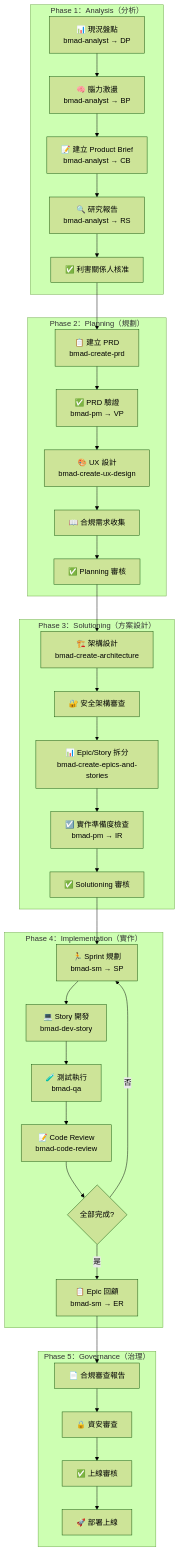
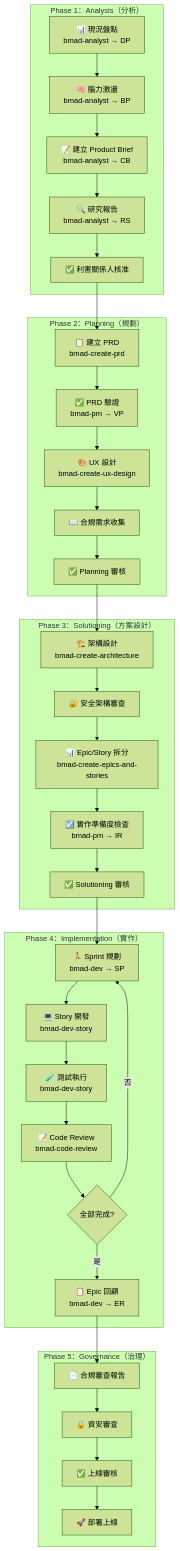
Before and after one commit to chihhung/Blog: the ninth of 20 diagrams in content/posts/教學/AI開發/BMAD-METHOD使用教學.md, drawn with Mermaid (forest theme). The commit also changed other lines of this file and 3 other files, not shown here.

````diff
--- a/content/posts/教學/AI開發/BMAD-METHOD使用教學.md
+++ b/content/posts/教學/AI開發/BMAD-METHOD使用教學.md
@@ -1434,42 +1452,42 @@
 ```mermaid
 flowchart TB
     subgraph "Phase 1：Analysis（分析）"
         A1[📊 現況盤點<br/>bmad-analyst → DP] --> A2[🧠 腦力激盪<br/>bmad-analyst → BP]
         A2 --> A3[📝 建立 Product Brief<br/>bmad-analyst → CB]
         A3 --> A4[🔍 研究報告<br/>bmad-analyst → RS]
         A4 --> A5[✅ 利害關係人核准]
     end
     
     subgraph "Phase 2：Planning（規劃）"
         A5 --> B1[📋 建立 PRD<br/>bmad-create-prd]
         B1 --> B2[✅ PRD 驗證<br/>bmad-pm → VP]
         B2 --> B3[🎨 UX 設計<br/>bmad-create-ux-design]
         B3 --> B4[📖 合規需求收集]
         B4 --> B5[✅ Planning 審核]
     end
     
     subgraph "Phase 3：Solutioning（方案設計）"
         B5 --> C1[🏗️ 架構設計<br/>bmad-create-architecture]
         C1 --> C2[🔐 安全架構審查]
         C2 --> C3[📊 Epic/Story 拆分<br/>bmad-create-epics-and-stories]
         C3 --> C4[☑️ 實作準備度檢查<br/>bmad-pm → IR]
         C4 --> C5[✅ Solutioning 審核]
     end
     
     subgraph "Phase 4：Implementation（實作）"
-        C5 --> D1[🏃 Sprint 規劃<br/>bmad-sm → SP]
+        C5 --> D1[🏃 Sprint 規劃<br/>bmad-dev → SP]
         D1 --> D2[💻 Story 開發<br/>bmad-dev-story]
-        D2 --> D3[🧪 測試執行<br/>bmad-qa]
+        D2 --> D3[🧪 測試執行<br/>bmad-dev-story]
         D3 --> D4[📝 Code Review<br/>bmad-code-review]
         D4 --> D5{全部完成?}
         D5 -->|否| D1
-        D5 -->|是| D6[📋 Epic 回顧<br/>bmad-sm → ER]
+        D5 -->|是| D6[📋 Epic 回顧<br/>bmad-dev → ER]
     end
     
     subgraph "Phase 5：Governance（治理）"
         D6 --> E1[📄 合規審查報告]
         E1 --> E2[🔒 資安審查]
         E2 --> E3[✅ 上線審核]
         E3 --> E4[🚀 部署上線]
     end
 ```
````
